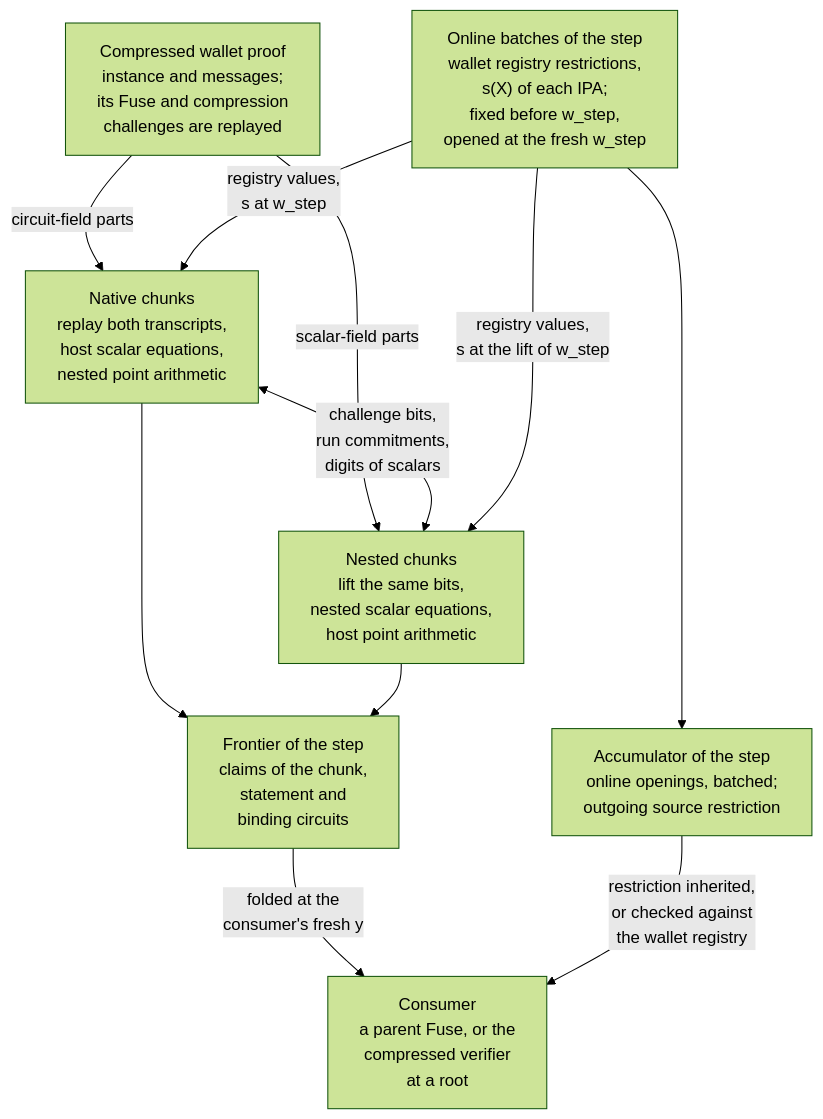
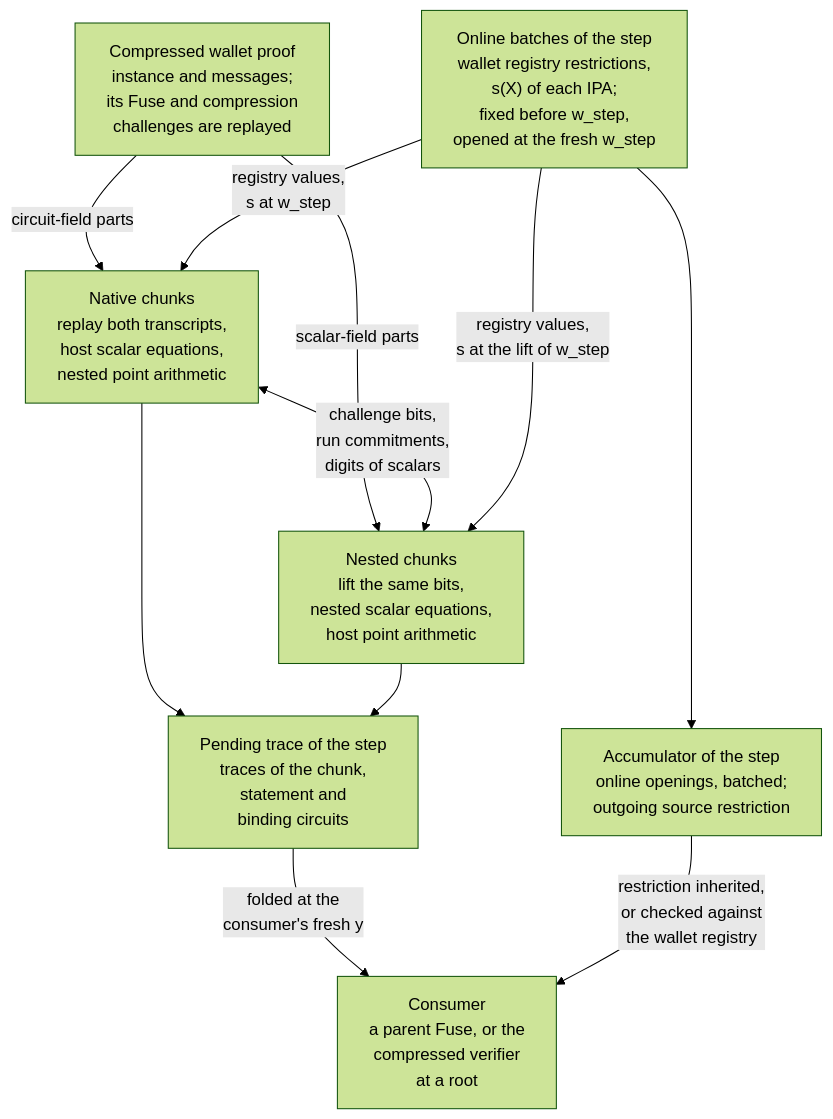
One commit to tachyon-zcash/ragu changed the first of 5 diagrams in book/src/protocol/recursion/decompression.md. Above: the diagram before and after it, drawn with Mermaid (forest theme). The commit also changed other lines of this file and 13 other files, not shown here.

First line of the commit message:
book: redraw the construction overview around the folds of a fuse

````diff
--- a/book/src/protocol/recursion/decompression.md
+++ b/book/src/protocol/recursion/decompression.md
@@ -63,22 +63,22 @@
 ```mermaid
 flowchart TB
     accTitle: Boundaries of a decompression
-    accDescr: The compressed wallet proof supplies its circuit-field parts to the native chunks and its scalar-field parts to the nested chunks. The native chunks replay the wallet proof's Fuse and compression transcripts. The two sides exchange challenge bits, run commitments and the digits of full-width scalars, and each recomputes the commitments of the other's stages. The enclosing aggregator Fuse fixes its online batches before its own challenge and opens them at that challenge, which gives both sides the registry values and the values of each IPA polynomial. The openings are batched into the step's accumulator with an outgoing source restriction, and the claims of the chunk, statement and binding circuits join the step's frontier. A consumer folds those claims at a fresh challenge of its own and inherits the restriction, or checks both at a root.
+    accDescr: The compressed wallet proof supplies its circuit-field parts to the native chunks and its scalar-field parts to the nested chunks. The native chunks replay the wallet proof's Fuse and compression transcripts. The two sides exchange challenge bits, run commitments and the digits of full-width scalars, and each recomputes the commitments of the other's stages. The enclosing aggregator Fuse fixes its online batches before its own challenge and opens them at that challenge, which gives both sides the registry values and the values of each IPA polynomial. The openings are batched into the step's accumulator with an outgoing source restriction, and the traces of the chunk, statement and binding circuits join the step's pending trace. A consumer folds those claims at a fresh challenge of its own and inherits the restriction, or checks both at a root.
     W["Compressed wallet proof<br/>instance and messages;<br/>its Fuse and compression<br/>challenges are replayed"]
     ON["Online batches of the step<br/>wallet registry restrictions,<br/>s(X) of each IPA;<br/>fixed before w_step,<br/>opened at the fresh w_step"]
     NA["Native chunks<br/>replay both transcripts,<br/>host scalar equations,<br/>nested point arithmetic"]
     NE["Nested chunks<br/>lift the same bits,<br/>nested scalar equations,<br/>host point arithmetic"]
-    FR["Frontier of the step<br/>claims of the chunk,<br/>statement and<br/>binding circuits"]
+    FR["Pending trace of the step<br/>traces of the chunk,<br/>statement and<br/>binding circuits"]
     AC["Accumulator of the step<br/>online openings, batched;<br/>outgoing source restriction"]
     CO["Consumer<br/>a parent Fuse, or the<br/>compressed verifier<br/>at a root"]
     W -->|"circuit-field parts"| NA
     W -->|"scalar-field parts"| NE
     NA <-->|"challenge bits,<br/>run commitments,<br/>digits of scalars"| NE
     ON -->|"registry values,<br/>s at w_step"| NA
     ON -->|"registry values,<br/>s at the lift of w_step"| NE
     ON --> AC
     NA --> FR
     NE --> FR
     FR -->|"folded at the<br/>consumer's fresh y"| CO
     AC -->|"restriction inherited,<br/>or checked against<br/>the wallet registry"| CO
 ```
````
